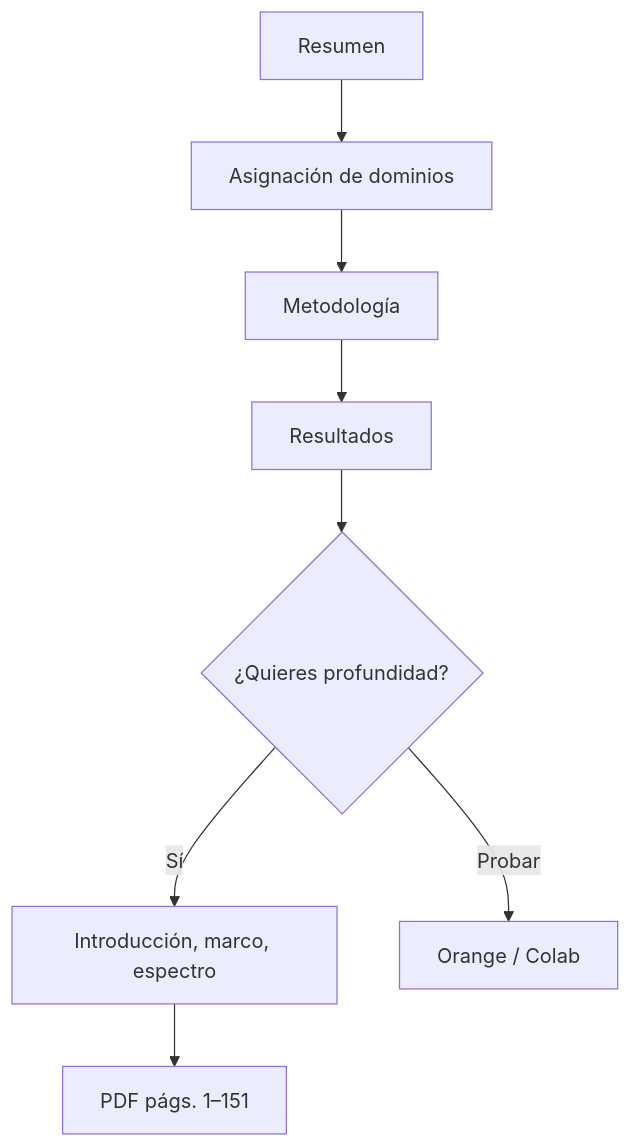
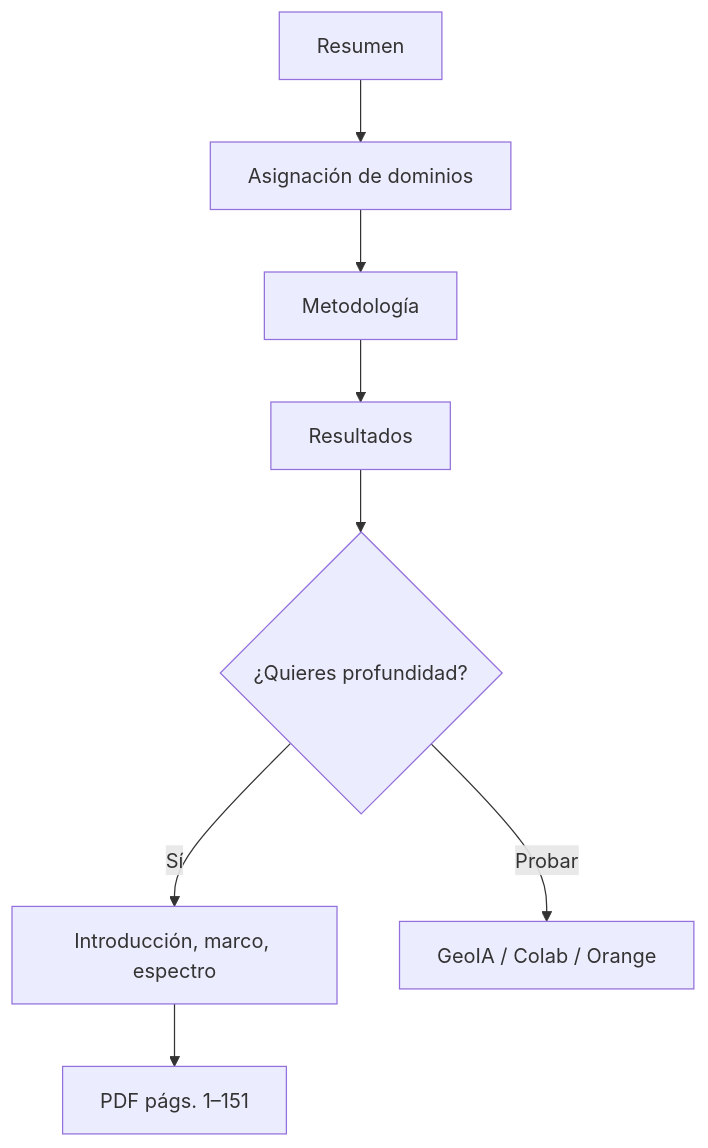
One commit to jhon21geo/geologia-ML-dominios-alteracion changed the diagram in docs/guia.md. Above: the diagram before and after it, drawn with Mermaid. The commit also changed other lines of this file and 20 other files, not shown here.

````diff
--- a/docs/guia.md
+++ b/docs/guia.md
@@ -34,10 +43,10 @@
 ```mermaid
 flowchart TD
   A[Resumen] --> B[Asignación de dominios]
   B --> C[Metodología]
   C --> D[Resultados]
   D --> E{¿Quieres profundidad?}
   E -->|Sí| F[Introducción, marco, espectro]
-  E -->|Probar| G[Orange / Colab]
+  E -->|Probar| G[GeoIA / Colab / Orange]
   F --> H[PDF págs. 1–151]
 ```
````
